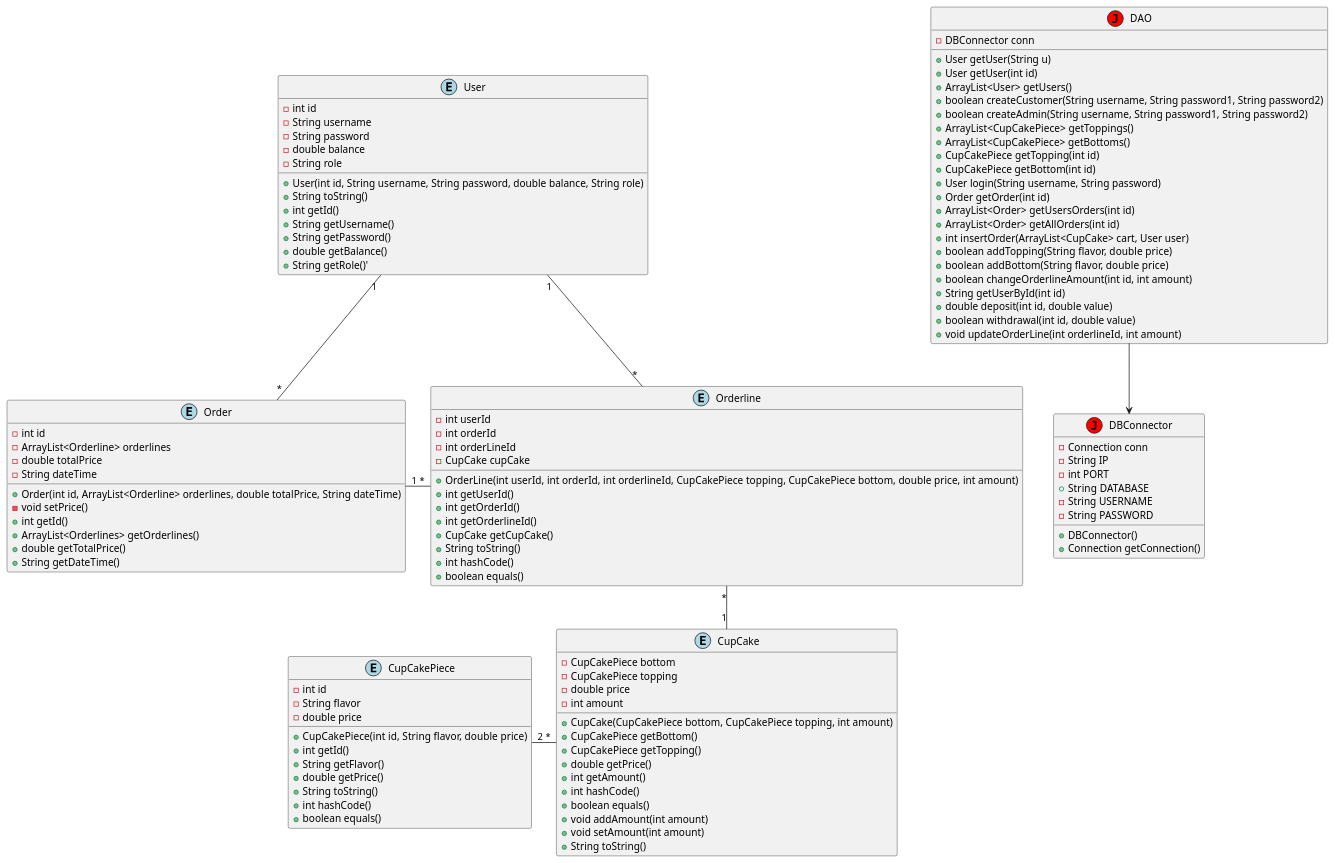
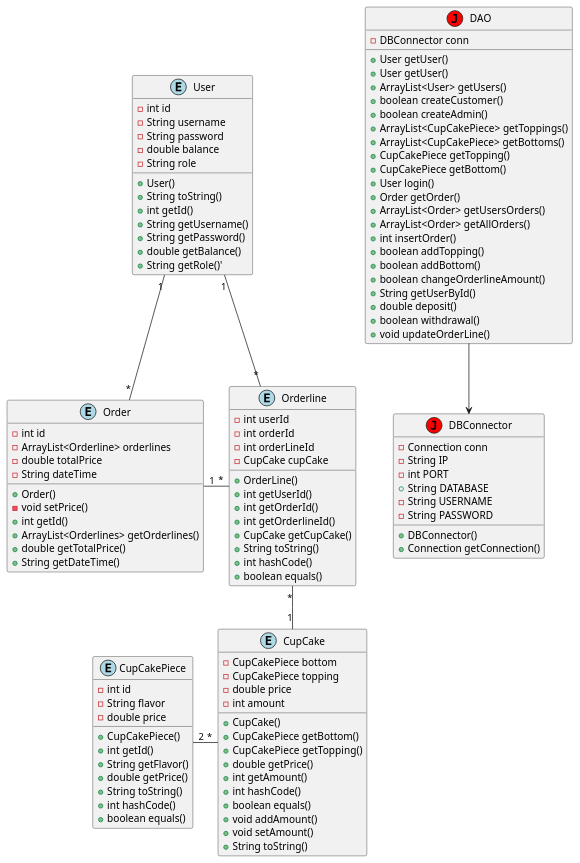
Before and after one commit to NikolajX4000/CupCakeWebShop: the diagram in src/main/java/UML/ClassDiagram.puml, drawn with PlantUML.

```diff
--- a/src/main/java/UML/ClassDiagram.puml
+++ b/src/main/java/UML/ClassDiagram.puml
@@ -1,109 +1,109 @@
 @startuml
 
 skinparam shadowing false
 
 class DAO << (J,red) >>
 class DBConnector << (J,red) >>
 class CupCake << (E,lightblue) >>
 class CupCakePiece << (E,lightblue) >>
 class Order << (E,lightblue) >>
 class Orderline << (E,lightblue) >>
 class User << (E,lightblue) >>
 
 CupCake : - CupCakePiece bottom
 CupCake : - CupCakePiece topping
 CupCake : - double price
 CupCake : - int amount
-CupCake : + CupCake(CupCakePiece bottom, CupCakePiece topping, int amount)
+CupCake : + CupCake()
 CupCake : + CupCakePiece getBottom()
 CupCake : + CupCakePiece getTopping()
 CupCake : + double getPrice()
 CupCake : + int getAmount()
 CupCake : + int hashCode()
 CupCake : + boolean equals()
-CupCake : + void addAmount(int amount)
-CupCake : + void setAmount(int amount)
+CupCake : + void addAmount()
+CupCake : + void setAmount()
 CupCake : + String toString()
 CupCakePiece : - int id
 CupCakePiece : - String flavor
 CupCakePiece : - double price
-CupCakePiece : + CupCakePiece(int id, String flavor, double price)
+CupCakePiece : + CupCakePiece()
 CupCakePiece : + int getId()
 CupCakePiece : + String getFlavor()
 CupCakePiece : + double getPrice()
 CupCakePiece : + String toString()
 CupCakePiece : + int hashCode()
 CupCakePiece : + boolean equals()
 Order : - int id
 Order : - ArrayList<Orderline> orderlines
 Order : - double totalPrice
 Order : - String dateTime
-Order : + Order(int id, ArrayList<Orderline> orderlines, double totalPrice, String dateTime)
+Order : + Order()
 Order : - void setPrice()
 Order : + int getId()
 Order : + ArrayList<Orderlines> getOrderlines()
 Order : + double getTotalPrice()
 Order : + String getDateTime()
 Orderline : - int userId
 Orderline : - int orderId
 Orderline : - int orderLineId
 Orderline : - CupCake cupCake
-Orderline : + OrderLine(int userId, int orderId, int orderlineId, CupCakePiece topping, CupCakePiece bottom, double price, int amount)
+Orderline : + OrderLine()
 Orderline : + int getUserId()
 Orderline : + int getOrderId()
 Orderline : + int getOrderlineId()
 Orderline : + CupCake getCupCake()
 Orderline : + String toString()
 Orderline : + int hashCode()
 Orderline : + boolean equals()
 User : - int id
 User : - String username
 User : - String password
 User : - double balance
 User : - String role
-User : + User(int id, String username, String password, double balance, String role)
+User : + User()
 User : + String toString()
 User : + int getId()
 User : + String getUsername()
 User : + String getPassword()
 User : + double getBalance()
 User : + String getRole()'
 DAO : - DBConnector conn
-DAO : + User getUser(String u)
-DAO : + User getUser(int id)
+DAO : + User getUser()
+DAO : + User getUser()
 DAO : + ArrayList<User> getUsers()
-DAO : + boolean createCustomer(String username, String password1, String password2)
-DAO : + boolean createAdmin(String username, String password1, String password2)
+DAO : + boolean createCustomer()
+DAO : + boolean createAdmin()
 DAO : + ArrayList<CupCakePiece> getToppings()
 DAO : + ArrayList<CupCakePiece> getBottoms()
-DAO : + CupCakePiece getTopping(int id)
-DAO : + CupCakePiece getBottom(int id)
-DAO : + User login(String username, String password)
-DAO : + Order getOrder(int id)
-DAO : + ArrayList<Order> getUsersOrders(int id)
-DAO : + ArrayList<Order> getAllOrders(int id)
-DAO : + int insertOrder(ArrayList<CupCake> cart, User user)
-DAO : + boolean addTopping(String flavor, double price)
-DAO : + boolean addBottom(String flavor, double price)
-DAO : + boolean changeOrderlineAmount(int id, int amount)
-DAO : + String getUserById(int id)
-DAO : + double deposit(int id, double value)
-DAO : + boolean withdrawal(int id, double value)
-DAO : + void updateOrderLine(int orderlineId, int amount)
+DAO : + CupCakePiece getTopping()
+DAO : + CupCakePiece getBottom()
+DAO : + User login()
+DAO : + Order getOrder()
+DAO : + ArrayList<Order> getUsersOrders()
+DAO : + ArrayList<Order> getAllOrders()
+DAO : + int insertOrder()
+DAO : + boolean addTopping()
+DAO : + boolean addBottom()
+DAO : + boolean changeOrderlineAmount()
+DAO : + String getUserById()
+DAO : + double deposit()
+DAO : + boolean withdrawal()
+DAO : + void updateOrderLine()
 DBConnector : - Connection conn
 DBConnector : - String IP
 DBConnector : - int PORT
 DBConnector : + String DATABASE
 DBConnector : - String USERNAME
 DBConnector : - String PASSWORD
 DBConnector : + DBConnector()
 DBConnector : + Connection getConnection()
 
 CupCake "*" -left- "2" CupCakePiece
 Order "1" -right- "*" Orderline
 Orderline "*" -- "1" CupCake
 User "1" -- "*" Order
 User "1" -- "*" Orderline
 DAO --> DBConnector
 
 @enduml
```
